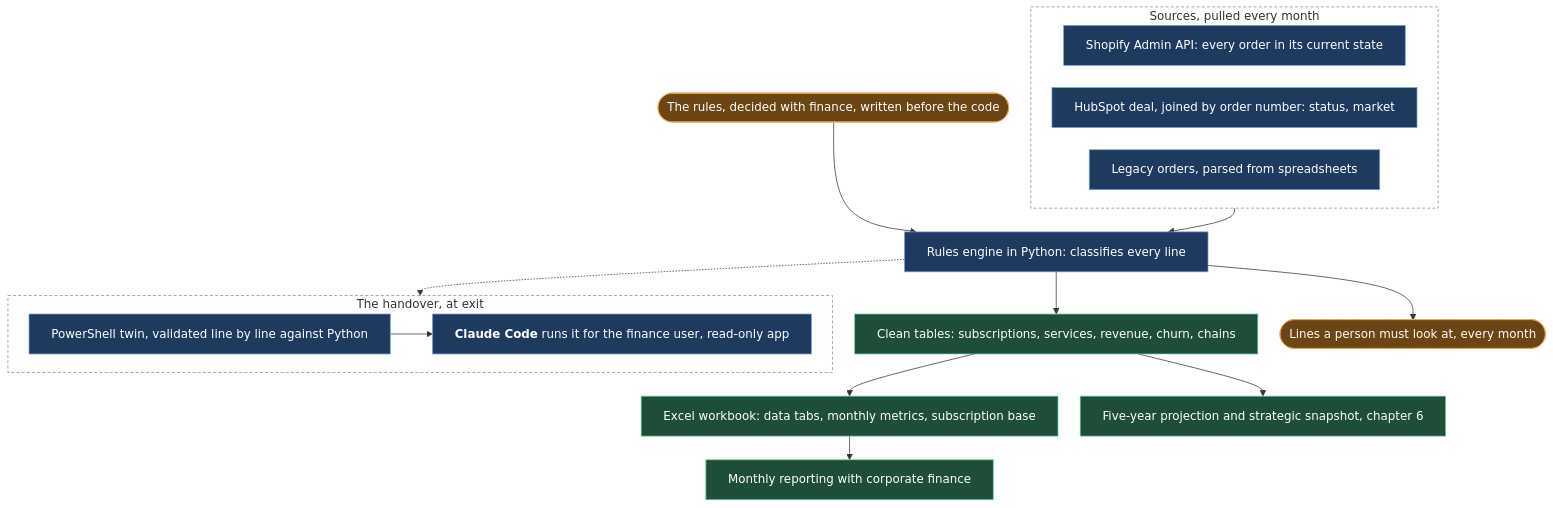
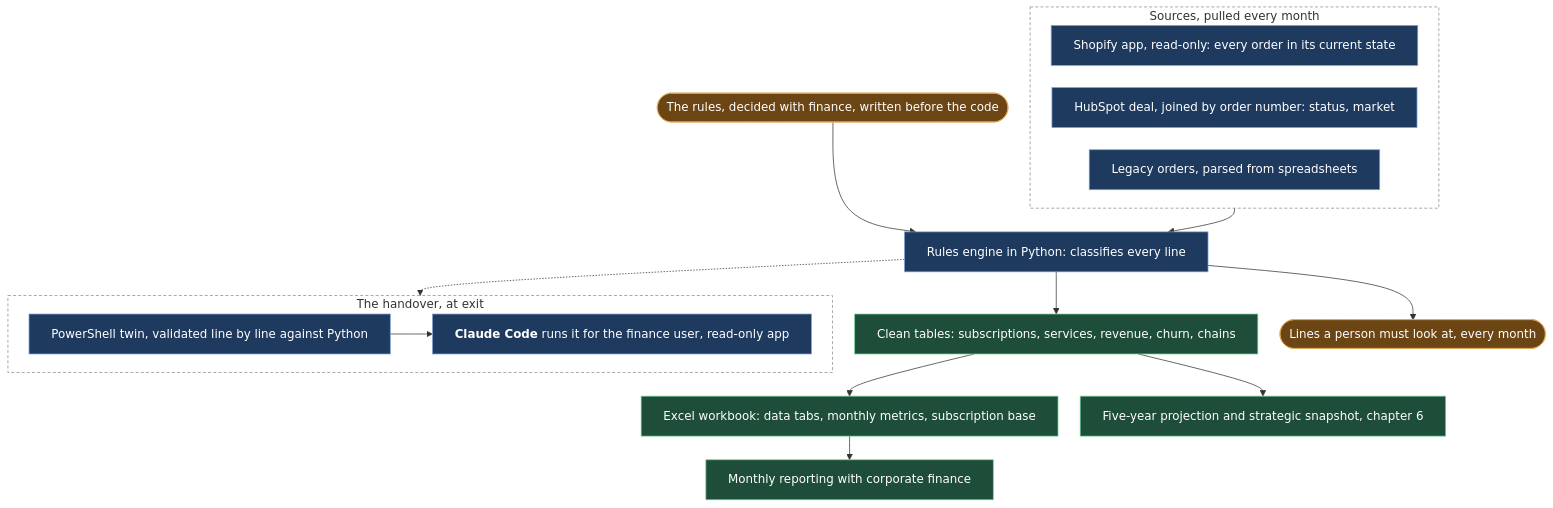
Before and after one commit to nunomnferreirapt/ai-operated-growth-engine: the diagram in evidence/case-studies/05-the-numbers-machine-monthly-reporting-in-python-and-a-shopify-app.md, drawn with Mermaid. The commit also changed other lines of this file, not shown here.

First line of the commit message:
Chapter 5: the Shopify app as part of the architecture, pipeline and rules as lists, HubSpot as the categorization source with links to chapters 1 and 6

````diff
--- a/evidence/case-studies/05-the-numbers-machine-monthly-reporting-in-python-and-a-shopify-app.md
+++ b/evidence/case-studies/05-the-numbers-machine-monthly-reporting-in-python-and-a-shopify-app.md
@@ -11,27 +11,27 @@
 ```mermaid
 %%{init: {"flowchart": {"wrappingWidth": 600, "nodeSpacing": 30, "rankSpacing": 32}}}%%
 flowchart TB
     subgraph SRC["Sources, pulled every month"]
         direction LR
-        SH["Shopify Admin API: every order in its current state"]:::sys
+        SH["Shopify app, read-only: every order in its current state"]:::sys
         HS["HubSpot deal, joined by order number: status, market"]:::sys
         LG["Legacy orders, parsed from spreadsheets"]:::sys
     end
     RU(["The rules, decided with finance, written before the code"]):::human --> RE
     SRC --> RE["Rules engine in Python: classifies every line"]:::sys
     RE --> CT["Clean tables: subscriptions, services, revenue, churn, chains"]:::out
     RE --> FL(["Lines a person must look at, every month"]):::human
     CT --> WB["Excel workbook: data tabs, monthly metrics, subscription base"]:::out
     WB --> FIN["Monthly reporting with corporate finance"]:::out
     CT --> PRJ["Five-year projection and strategic snapshot, chapter 6"]:::out
     subgraph HO["The handover, at exit"]
         direction LR
         PS["PowerShell twin, validated line by line against Python"]:::sys --> CC["`**Claude Code** runs it for the finance user, read-only app`"]:::sys
     end
     RE -.-> PS
     classDef sys fill:#1f3a5f,stroke:#7aa2d8,color:#ffffff
     classDef human fill:#6b4514,stroke:#e0a95a,color:#ffffff
     classDef out fill:#1e4d3a,stroke:#6fcf97,color:#ffffff
     style SRC fill:transparent,stroke:#7f8c9a,stroke-dasharray:4 3
     style HO fill:transparent,stroke:#7f8c9a,stroke-dasharray:4 3
 ```
````
